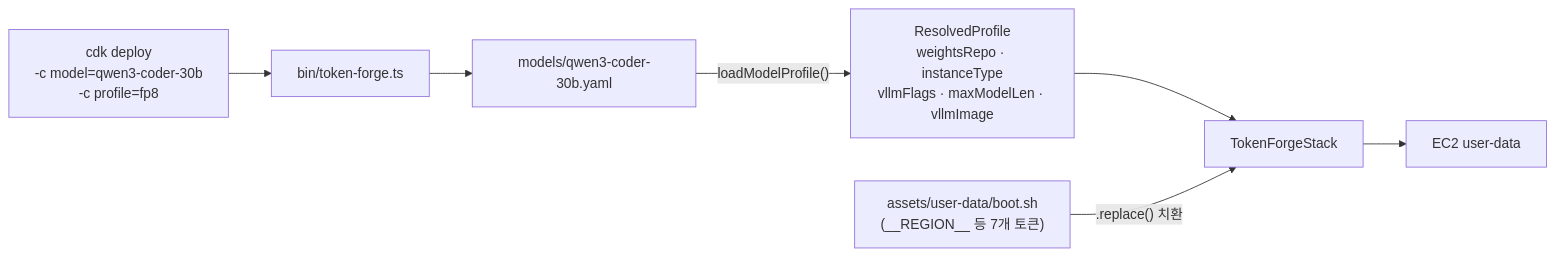
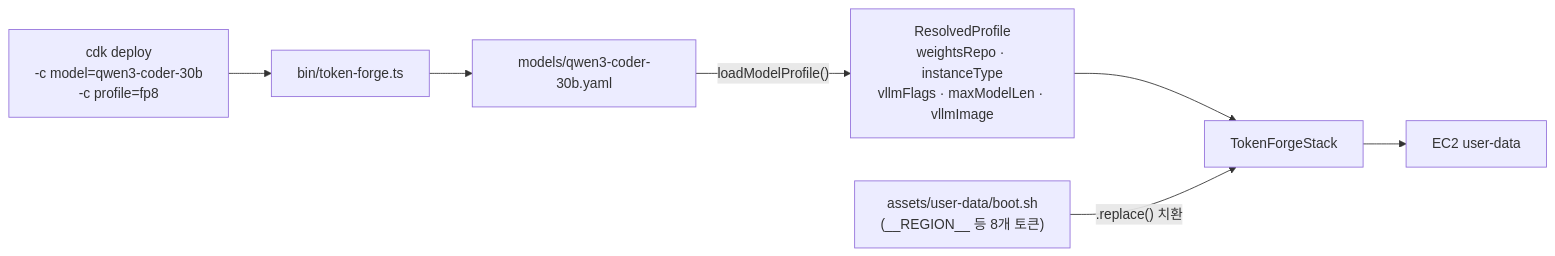
The second of 6 diagrams in docs/architecture.md (roboco-io/token-forge), drawn with Mermaid before and after one commit. The commit also changed other lines of this file and 8 other files, not shown here.

````diff
--- a/docs/architecture.md
+++ b/docs/architecture.md
@@ -89,9 +89,9 @@
 ```mermaid
 flowchart LR
     CTX["cdk deploy<br/>-c model=qwen3-coder-30b<br/>-c profile=fp8"] --> BIN["bin/token-forge.ts"]
     BIN --> YAML["models/qwen3-coder-30b.yaml"]
     YAML -- "loadModelProfile()" --> RP["ResolvedProfile<br/>weightsRepo · instanceType<br/>vllmFlags · maxModelLen · vllmImage"]
     RP --> STACK["TokenForgeStack"]
-    BOOT["assets/user-data/boot.sh<br/>(__REGION__ 등 7개 토큰)"] -- ".replace() 치환" --> STACK
+    BOOT["assets/user-data/boot.sh<br/>(__REGION__ 등 8개 토큰)"] -- ".replace() 치환" --> STACK
     STACK --> UD["EC2 user-data"]
 ```
````
